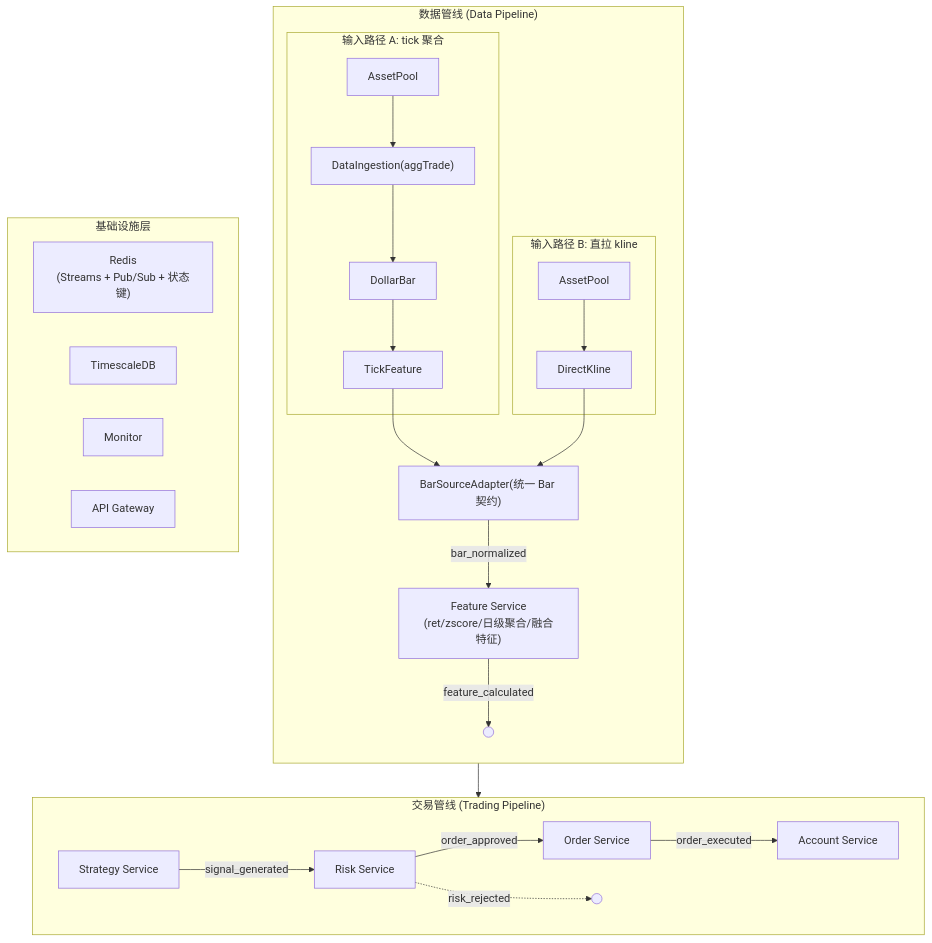
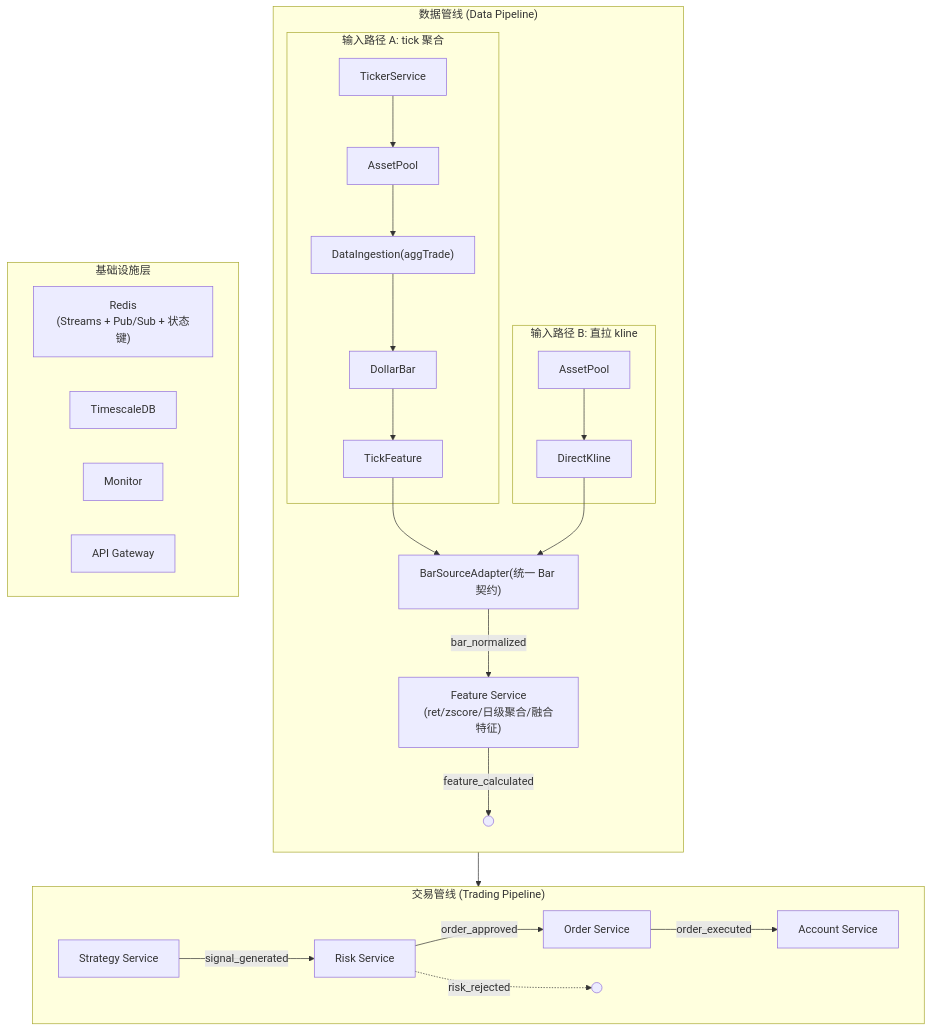
Before and after one commit to DragonQuantt/docs: the first of 5 diagrams in content/architecture/index.md, drawn with Mermaid. The commit also changed 3 other files, not shown here.

````diff
--- a/content/architecture/index.md
+++ b/content/architecture/index.md
@@ -36,35 +36,36 @@
 ```mermaid
 flowchart TD
     subgraph dataPipeline ["数据管线 (Data Pipeline)"]
         direction TB
         subgraph pathA ["输入路径 A: tick 聚合"]
+            TickerData["TickerService"]-->AssetPoolA
             AssetPoolA["AssetPool"] --> DataIngestion["DataIngestion(aggTrade)"]
             DataIngestion --> DollarBar["DollarBar"]
             DollarBar --> TickFeature["TickFeature"]
         end
         subgraph pathB ["输入路径 B: 直拉 kline"]
             AssetPoolB["AssetPool"] --> DirectKline["DirectKline"]
         end
         TickFeature --> BarSourceAdapter["BarSourceAdapter(统一 Bar 契约)"]
         DirectKline --> BarSourceAdapter
         BarSourceAdapter -->|bar_normalized| FeatureService["Feature Service\n(ret/zscore/日级聚合/融合特征)"]
         FeatureService -->|feature_calculated| outputData((" "))
     end
 
     subgraph tradingPipeline ["交易管线 (Trading Pipeline)"]
         direction LR
         StrategyService["Strategy Service"] -->|signal_generated| RiskService["Risk Service"]
         RiskService -->|order_approved| OrderService["Order Service"]
         RiskService -.->|risk_rejected| AlertPath((" "))
         OrderService -->|order_executed| AccountService["Account Service"]
     end
 
     subgraph infra ["基础设施层"]
         Redis["Redis\n(Streams + Pub/Sub + 状态键)"]
         TimescaleDB["TimescaleDB"]
         Monitor["Monitor"]
         APIGateway["API Gateway"]
     end
 
     outputData --> StrategyService
 ```
````
